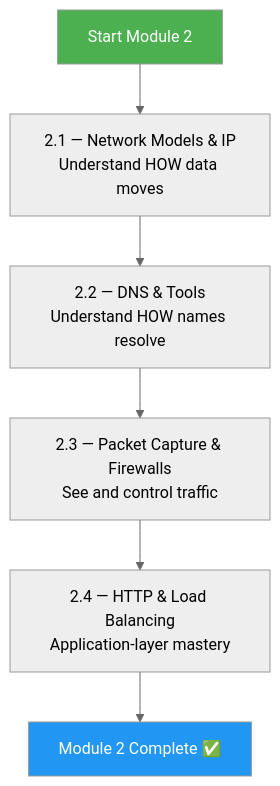
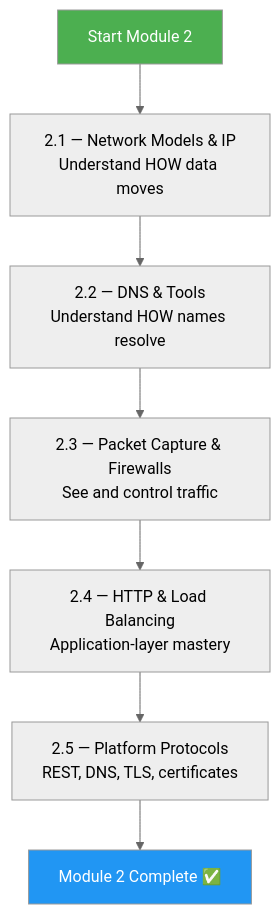
The second of 3 diagrams in 2-Networking/Module_2_Approach_Guide.md (VidhyadharanSS/PlatformEngineeringNotes), drawn with Mermaid (neutral theme) before and after one commit. The commit also changed other lines of this file and 120 other files, not shown here.

````diff
--- a/2-Networking/Module_2_Approach_Guide.md
+++ b/2-Networking/Module_2_Approach_Guide.md
@@ -49,11 +52,12 @@
 ```mermaid
 flowchart TD
     A[Start Module 2] --> B["2.1 — Network Models & IP<br/>Understand HOW data moves"]
     B --> C["2.2 — DNS & Tools<br/>Understand HOW names resolve"]
     C --> D["2.3 — Packet Capture & Firewalls<br/>See and control traffic"]
     D --> E["2.4 — HTTP & Load Balancing<br/>Application-layer mastery"]
-    E --> F[Module 2 Complete ✅]
+    E --> P["2.5 — Platform Protocols<br/>REST, DNS, TLS, certificates"]
+    P --> F[Module 2 Complete ✅]
 
     style A fill:#4CAF50,color:#fff
     style F fill:#2196F3,color:#fff
 ```
````
